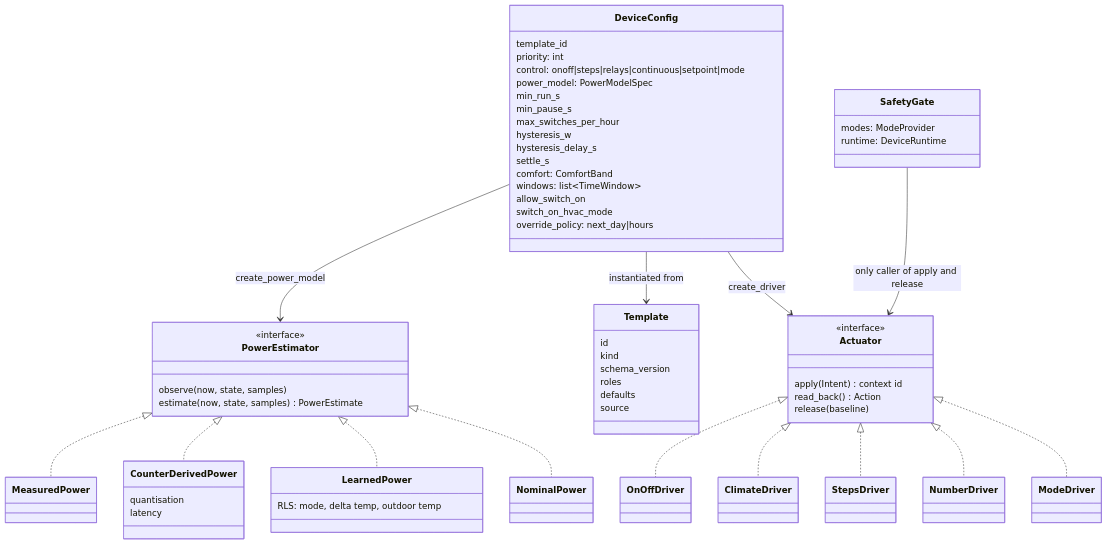
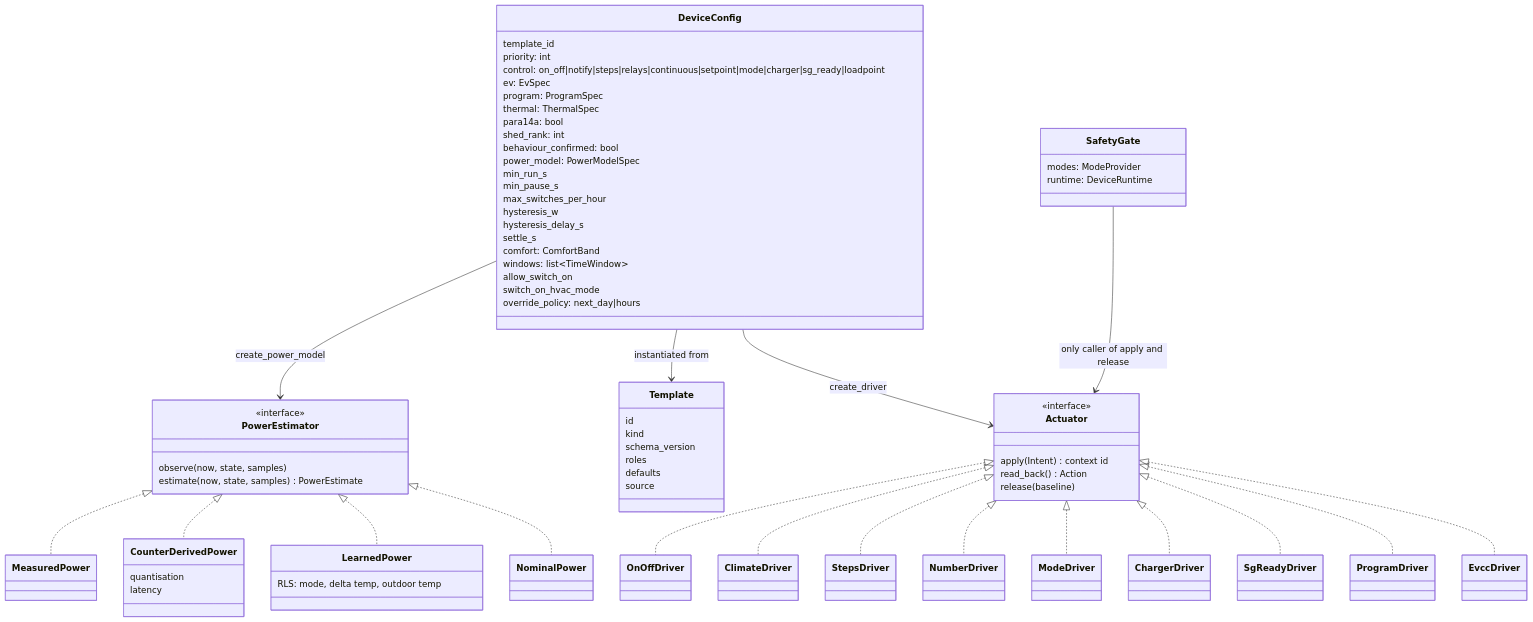
One commit to PXLJAKE/SunCore changed the seventh of 9 diagrams in docs/architecture.md. Above: the diagram before and after it, drawn with Mermaid. The commit also changed other lines of this file and 25 other files, not shown here.

First line of the commit message:
docs: Phase 6 user guides, architecture, STATUS and acceptance table (WP14)

````diff
--- a/docs/architecture.md
+++ b/docs/architecture.md
@@ -320,7 +460,13 @@
     class DeviceConfig {
         template_id
         priority: int
-        control: onoff|steps|relays|continuous|setpoint|mode
+        control: on_off|notify|steps|relays|continuous|setpoint|mode|charger|sg_ready|loadpoint
+        ev: EvSpec
+        program: ProgramSpec
+        thermal: ThermalSpec
+        para14a: bool
+        shed_rank: int
+        behaviour_confirmed: bool
         power_model: PowerModelSpec
         min_run_s
         min_pause_s
@@ -359,6 +505,10 @@
     class StepsDriver
     class NumberDriver
     class ModeDriver
+    class ChargerDriver
+    class SgReadyDriver
+    class ProgramDriver
+    class EvccDriver
     class Template {
         id
         kind
@@ -384,5 +534,9 @@
     Actuator <|.. StepsDriver
     Actuator <|.. NumberDriver
     Actuator <|.. ModeDriver
+    Actuator <|.. ChargerDriver
+    Actuator <|.. SgReadyDriver
+    Actuator <|.. ProgramDriver
+    Actuator <|.. EvccDriver
     SafetyGate --> Actuator : only caller of apply and release
 ```
````
